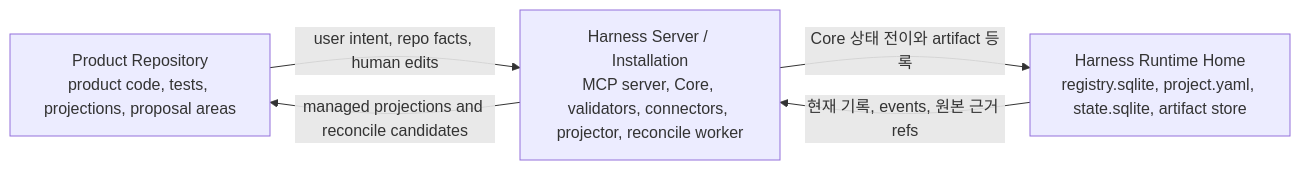
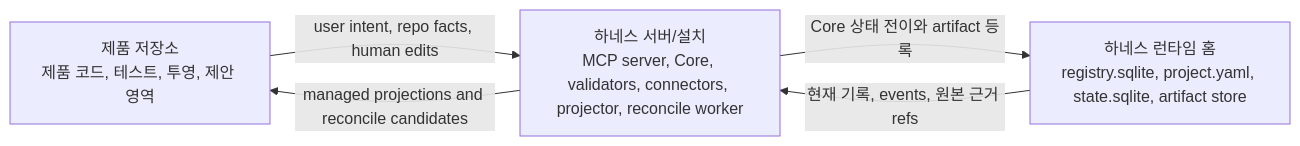
Before and after one commit to minjungw00/Volicord: the first of 2 diagrams in docs/ko/reference/runtime-architecture.md, drawn with Mermaid. The commit also changed other lines of this file and 34 other files, not shown here.

Commit message:
docs: clarify repository role as future Harness Server source

````diff
--- a/docs/ko/reference/runtime-architecture.md
+++ b/docs/ko/reference/runtime-architecture.md
@@ -70,11 +70,11 @@
 ```mermaid
 flowchart LR
-  Repo["Product Repository<br/>product code, tests, projections, proposal areas"]
-  Server["Harness Server / Installation<br/>MCP server, Core, validators, connectors, projector, reconcile worker"]
-  Home["Harness Runtime Home<br/>registry.sqlite, project.yaml, state.sqlite, artifact store"]
+  Repo["제품 저장소<br/>제품 코드, 테스트, 투영, 제안 영역"]
+  Server["하네스 서버/설치<br/>MCP server, Core, validators, connectors, projector, reconcile worker"]
+  Home["하네스 런타임 홈<br/>registry.sqlite, project.yaml, state.sqlite, artifact store"]
 
   Repo -->|user intent, repo facts, human edits| Server
   Server -->|managed projections and reconcile candidates| Repo
   Server -->|Core 상태 전이와 artifact 등록| Home
   Home -->|현재 기록, events, 원본 근거 refs| Server
 ```
````
